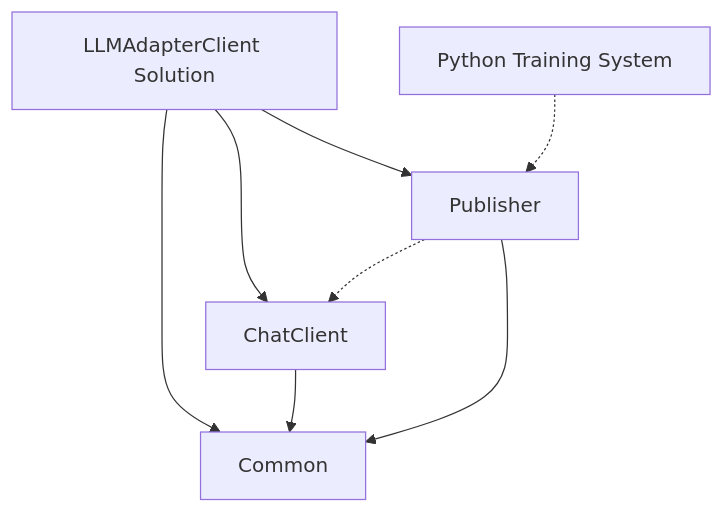
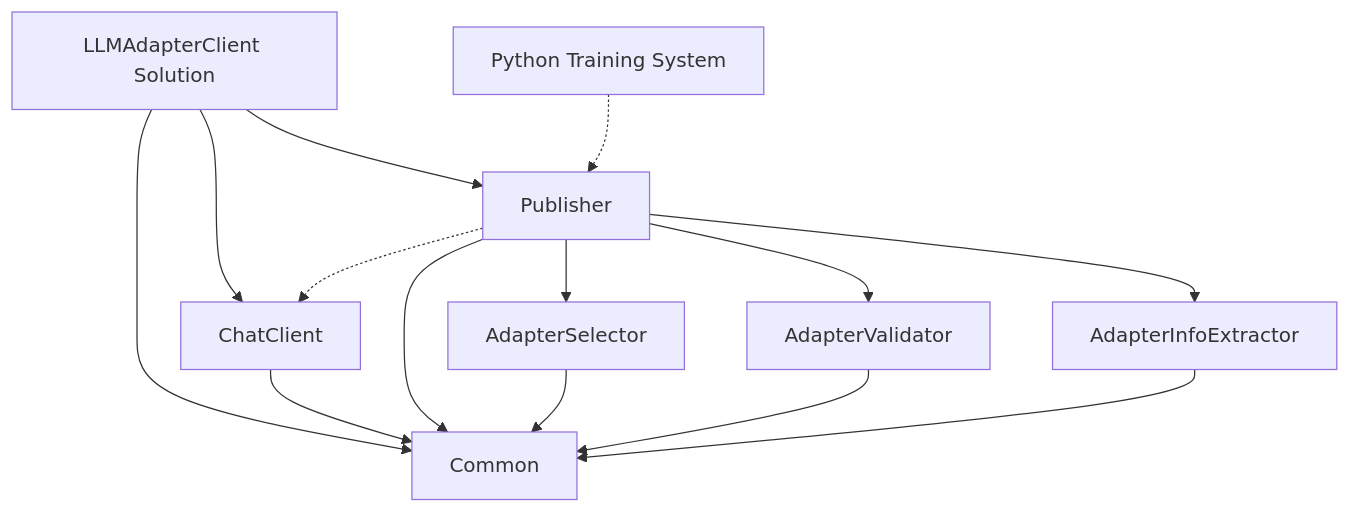
The first of 2 diagrams in README.md (gsinghjay/LLMAdapterClient), drawn with Mermaid before and after one commit. The commit also changed other lines of this file and 1 other file, not shown here.

````diff
--- a/README.md
+++ b/README.md
@@ -126,12 +157,17 @@
 ```mermaid
 graph TD
     A[LLMAdapterClient Solution] --> B[ChatClient]
     A --> C[Publisher]
     A --> D[Common]
     
+    C --> E[AdapterSelector]
+    C --> F[AdapterValidator]
+    C --> G[AdapterInfoExtractor]
+    
     B --> D
     C --> D
+    E & F & G --> D
 
     P[Python Training System] -.-> C
     C -.-> B
 ```
````
